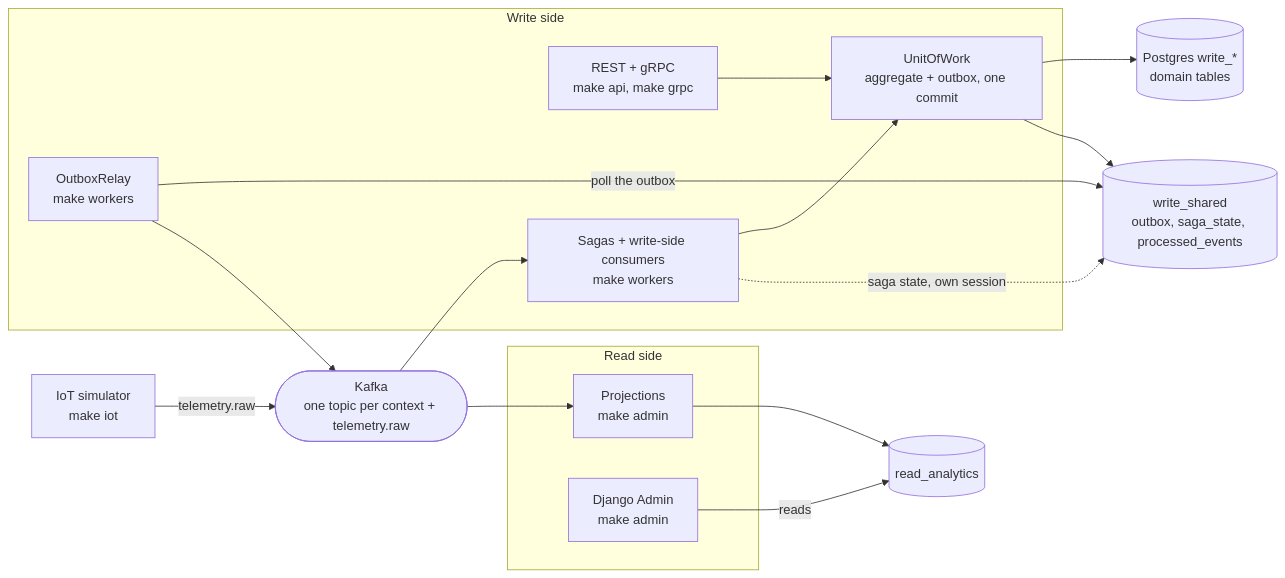
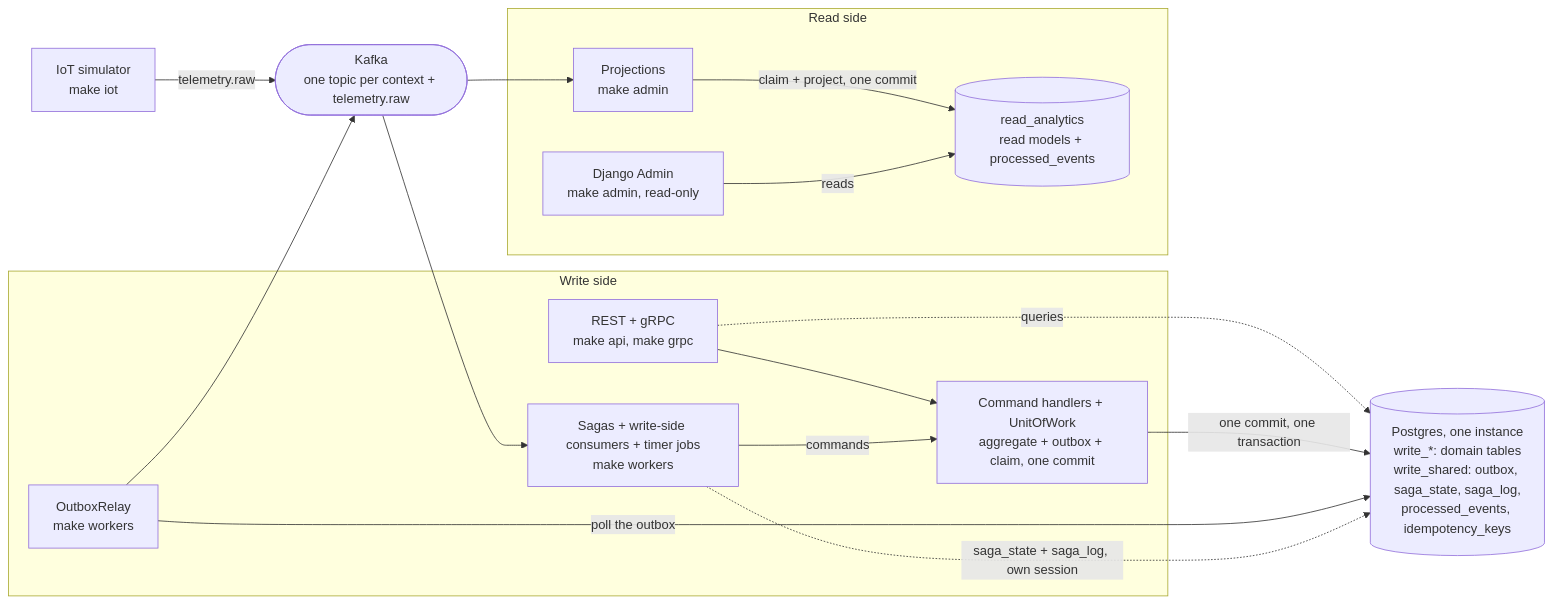
Before and after one commit to DisMosGit/plantkeeper: the diagram in README.md, drawn with Mermaid. The commit also changed other lines of this file and 8 other files, not shown here.

First line of the commit message:
docs: correct the architecture diagram and claim-release semantics

````diff
--- a/README.md
+++ b/README.md
@@ -11,28 +11,29 @@
 ```mermaid
 flowchart LR
   subgraph write [Write side]
     API["REST + gRPC<br/>make api, make grpc"]
-    UOW["UnitOfWork<br/>aggregate + outbox, one commit"]
+    UOW["Command handlers + UnitOfWork<br/>aggregate + outbox + claim, one commit"]
     RELAY["OutboxRelay<br/>make workers"]
-    SAGA["Sagas + write-side consumers<br/>make workers"]
+    SAGA["Sagas + write-side consumers + timer jobs<br/>make workers"]
   end
-  DB[("Postgres write_*<br/>domain tables")]
-  SHARED[("write_shared<br/>outbox, saga_state, processed_events")]
+  PG[("Postgres, one instance<br/>write_*: domain tables<br/>write_shared: outbox, saga_state, saga_log,<br/>processed_events, idempotency_keys")]
   K(["Kafka<br/>one topic per context + telemetry.raw"])
   IOT["IoT simulator<br/>make iot"]
   subgraph read [Read side]
     PROJ["Projections<br/>make admin"]
-    ADMIN["Django Admin<br/>make admin"]
+    ANALYTICS[("read_analytics<br/>read models + processed_events")]
+    ADMIN["Django Admin<br/>make admin, read-only"]
   end
-  ANALYTICS[("read_analytics")]
-  API --> UOW --> DB
-  UOW --> SHARED
-  RELAY -->|poll the outbox| SHARED
+  API --> UOW
+  API -.->|queries| PG
+  UOW -->|"one commit, one transaction"| PG
+  RELAY -->|poll the outbox| PG
   RELAY --> K
   K --> SAGA
-  SAGA --> UOW
-  SAGA -.->|saga state, own session| SHARED
+  SAGA -->|commands| UOW
+  SAGA -.->|"saga_state + saga_log, own session"| PG
   IOT -->|telemetry.raw| K
-  K --> PROJ --> ANALYTICS
+  K --> PROJ
+  PROJ -->|"claim + project, one commit"| ANALYTICS
   ADMIN -->|reads| ANALYTICS
 ```
````
